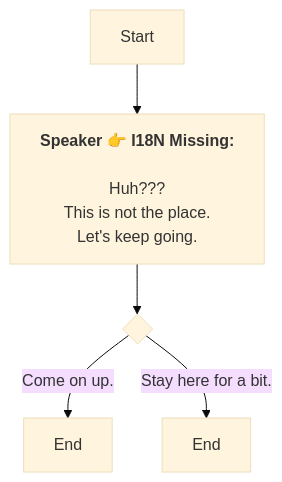
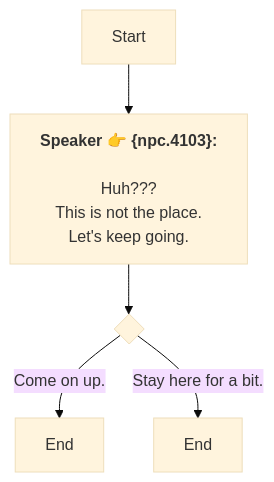
One commit to SoftHu/tos_avg changed the diagram in En/QuestStartTalkENode_1741442307334371.md. Above: the diagram before and after it, drawn with Mermaid (base theme). The commit also changed 297 other files, not shown here.

````diff
--- a/En/QuestStartTalkENode_1741442307334371.md
+++ b/En/QuestStartTalkENode_1741442307334371.md
@@ -1,12 +1,12 @@
 ```mermaid
 graph
-Start -->1741442449087714[<b>Speaker 👉 I18N Missing:</b>
+Start -->1741442449087714[<b>Speaker 👉 &lbrace;npc.4103&rbrace;:</b>
 
 Huh???
 This is not the place.
 Let's keep going.]
 1741442449087714 -->1741443793406180{ }
 1741443793406180 -->|Come on up.|1741442581405923[End]
 1741443793406180 -->|Stay here for a bit.|1741443843541225[End]
 
  ```
````
